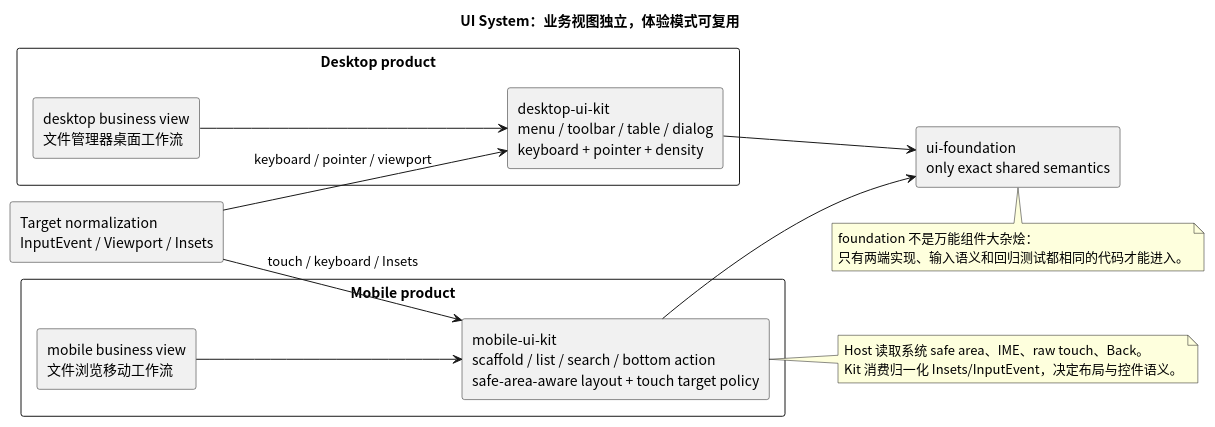
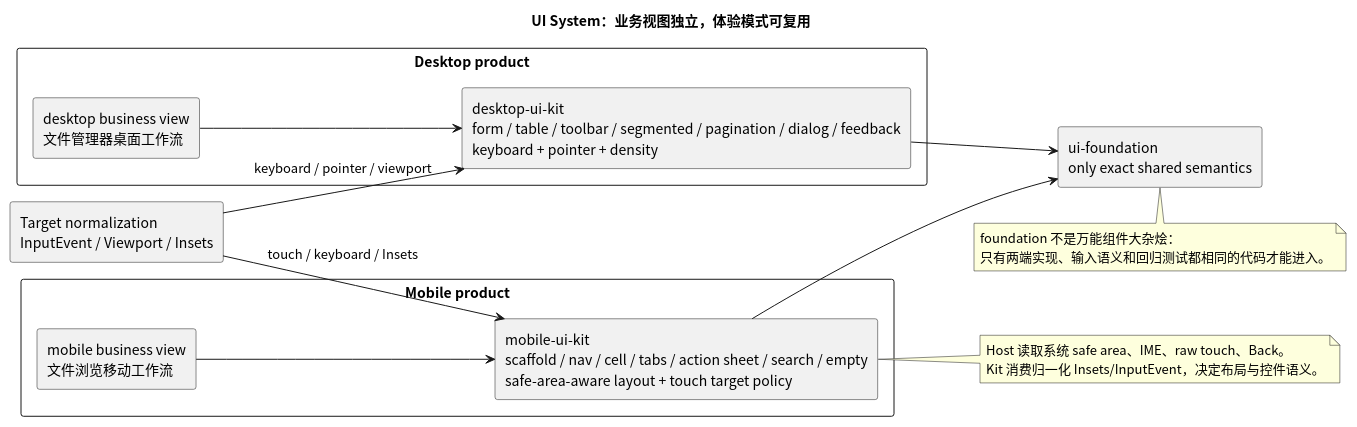
Before and after one commit to nyml2003/tela: the fourth of 10 diagrams in docs/026-架构迭代方案.md, drawn with PlantUML. The commit also changed other lines of this file and 16 other files, not shown here.

First line of the commit message:
Add desktop and mobile kit components

````diff
--- a/docs/026-架构迭代方案.md
+++ b/docs/026-架构迭代方案.md
@@ -291,40 +291,40 @@
 ```plantuml
 @startuml
 title UI System：业务视图独立，体验模式可复用
 left to right direction
 skinparam shadowing false
 skinparam defaultFontName "Noto Sans CJK SC"
 skinparam packageStyle rectangle
 skinparam componentStyle rectangle
 
 package "Desktop product" {
   component "desktop business view\n文件管理器桌面工作流" as desktop_view
-  component "desktop-ui-kit\nmenu / toolbar / table / dialog\nkeyboard + pointer + density" as desktop_kit
+  component "desktop-ui-kit\nform / table / toolbar / segmented / pagination / dialog / feedback\nkeyboard + pointer + density" as desktop_kit
 }
 
 package "Mobile product" {
   component "mobile business view\n文件浏览移动工作流" as mobile_view
-  component "mobile-ui-kit\nscaffold / list / search / bottom action\nsafe-area-aware layout + touch target policy" as mobile_kit
+  component "mobile-ui-kit\nscaffold / nav / cell / tabs / action sheet / search / empty\nsafe-area-aware layout + touch target policy" as mobile_kit
 }
 
 component "ui-foundation\nonly exact shared semantics" as foundation
 component "Target normalization\nInputEvent / Viewport / Insets" as normalized
 
 desktop_view --> desktop_kit
 mobile_view --> mobile_kit
 desktop_kit --> foundation
 mobile_kit --> foundation
 normalized --> desktop_kit : keyboard / pointer / viewport
 normalized --> mobile_kit : touch / keyboard / Insets
 
 note bottom of foundation
 foundation 不是万能组件大杂烩：
 只有两端实现、输入语义和回归测试都相同的代码才能进入。
 end note
 
 note right of mobile_kit
 Host 读取系统 safe area、IME、raw touch、Back。
 Kit 消费归一化 Insets/InputEvent，决定布局与控件语义。
 end note
 @enduml
 ```
````
